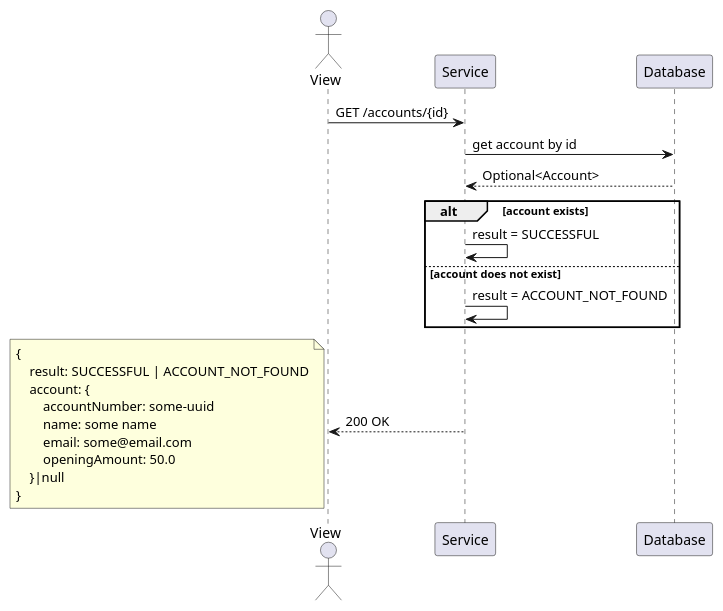
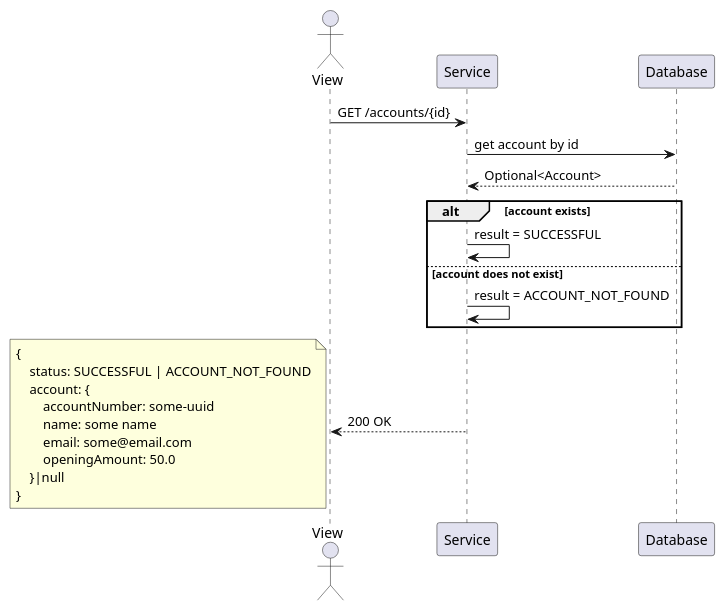
The diagram in documentation/sequence-diagrams/get-accounts.puml (driekeerJ/transaction-service), drawn with PlantUML before and after one commit. The commit also changed 20 other files, not shown here.

```diff
--- a/documentation/sequence-diagrams/get-accounts.puml
+++ b/documentation/sequence-diagrams/get-accounts.puml
@@ -1,26 +1,26 @@
 @startuml
 actor View as F
 participant Service as S
 participant Database as DB
 
 F -> S: GET /accounts/{id}
 S -> DB: get account by id
 DB --> S: Optional<Account>
 alt account exists
     S -> S: result = SUCCESSFUL
 else account does not exist
     S -> S: result = ACCOUNT_NOT_FOUND
 end
 S --> F: 200 OK
 note left
 {
-    result: SUCCESSFUL | ACCOUNT_NOT_FOUND
+    status: SUCCESSFUL | ACCOUNT_NOT_FOUND
     account: {
         accountNumber: some-uuid
         name: some name
         email: some@email.com
         openingAmount: 50.0
     }|null
 }
 end note
 @enduml
```
